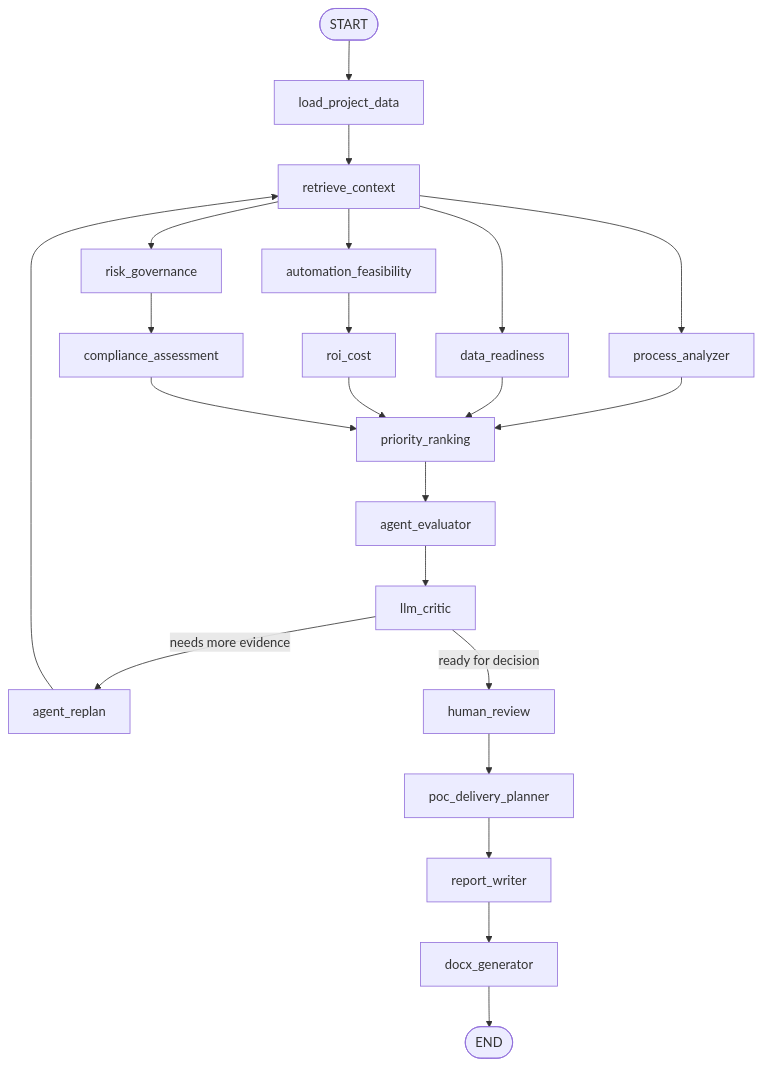
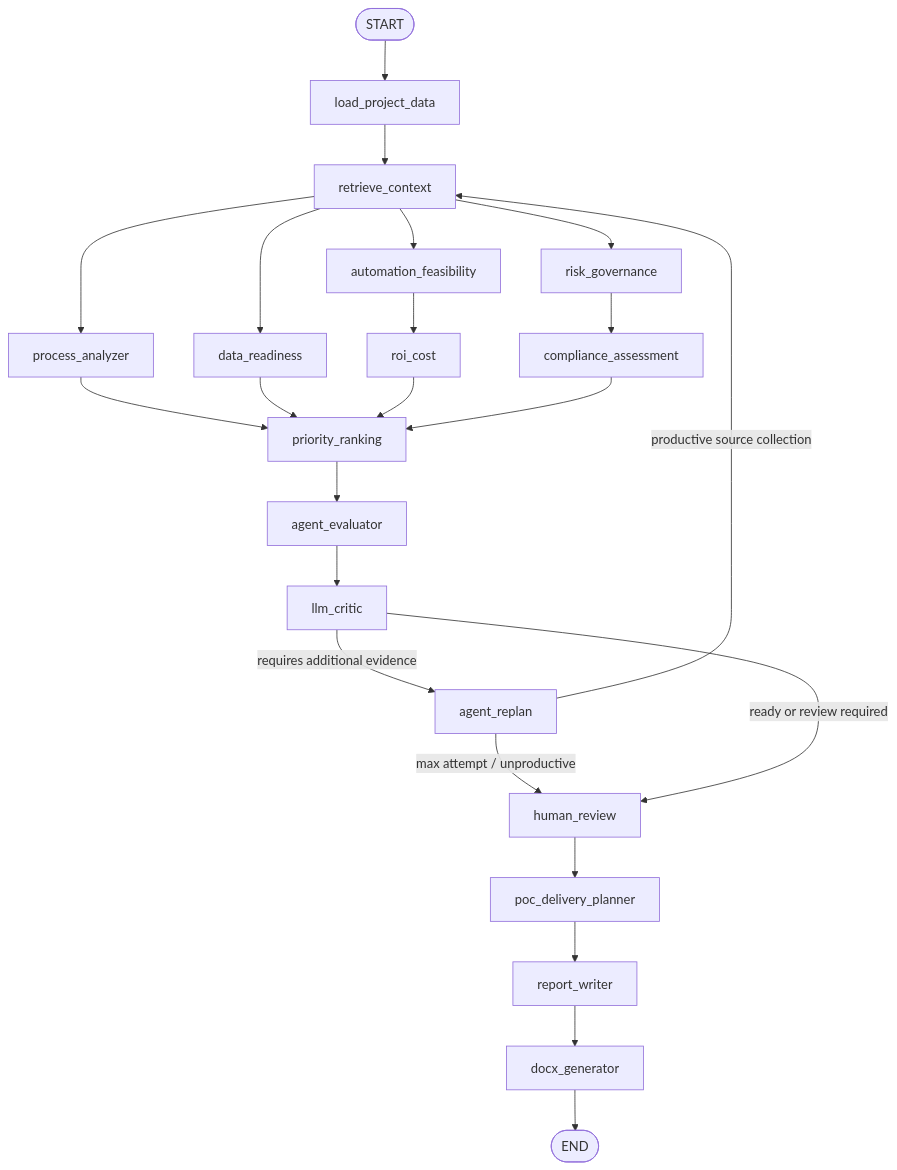
The second of 5 diagrams in README.md (ohjaesik/AI_Agent), drawn with Mermaid before and after one commit. The commit also changed other lines of this file, not shown here.

Commit message:
docs: reorganize README around real data workflow

````diff
--- a/README.md
+++ b/README.md
@@ -83,30 +158,31 @@
 ```mermaid
 flowchart TD
     START([START]) --> Load[load_project_data]
     Load --> Retrieve[retrieve_context]
 
     Retrieve --> Process[process_analyzer]
-    Retrieve --> Data[data_readiness]
+    Retrieve --> DataReady[data_readiness]
     Retrieve --> Auto[automation_feasibility]
     Retrieve --> Risk[risk_governance]
 
     Auto --> ROI[roi_cost]
     Risk --> Compliance[compliance_assessment]
 
-    Process --> Ranking[priority_ranking]
-    Data --> Ranking
-    ROI --> Ranking
-    Compliance --> Ranking
+    Process --> Rank[priority_ranking]
+    DataReady --> Rank
+    ROI --> Rank
+    Compliance --> Rank
 
-    Ranking --> Evaluator[agent_evaluator]
-    Evaluator --> Critic[llm_critic]
+    Rank --> Eval[agent_evaluator]
+    Eval --> Critic[llm_critic]
 
-    Critic -->|needs more evidence| Replan[agent_replan]
-    Replan --> Retrieve
+    Critic -->|requires additional evidence| Replan[agent_replan]
+    Replan -->|productive source collection| Retrieve
+    Replan -->|max attempt / unproductive| Human[human_review]
 
-    Critic -->|ready for decision| Human[human_review]
+    Critic -->|ready or review required| Human
     Human --> PoC[poc_delivery_planner]
     PoC --> Writer[report_writer]
-    Writer --> DOCX[docx_generator]
-    DOCX --> END([END])
+    Writer --> Docx[docx_generator]
+    Docx --> END([END])
 ```
````
